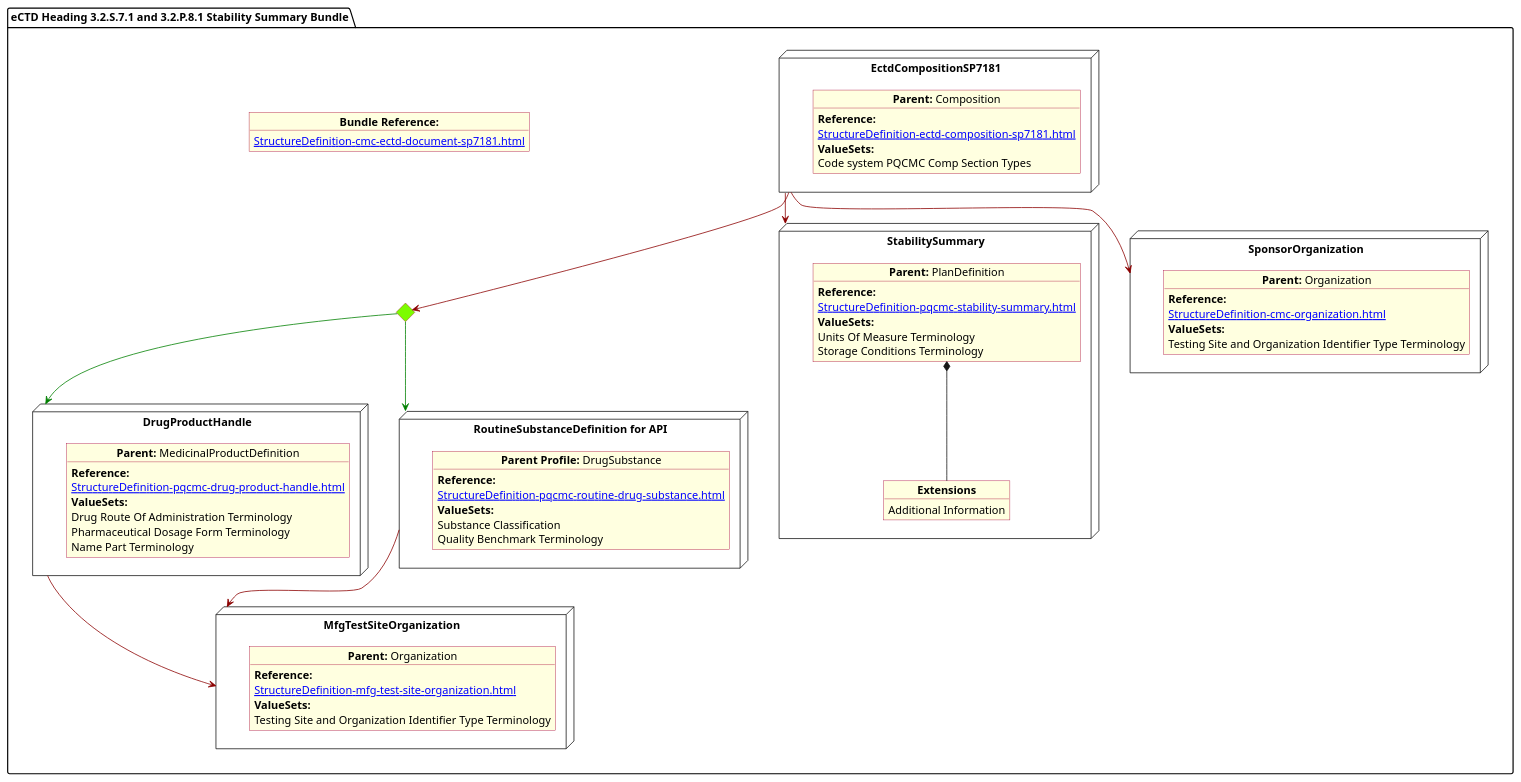
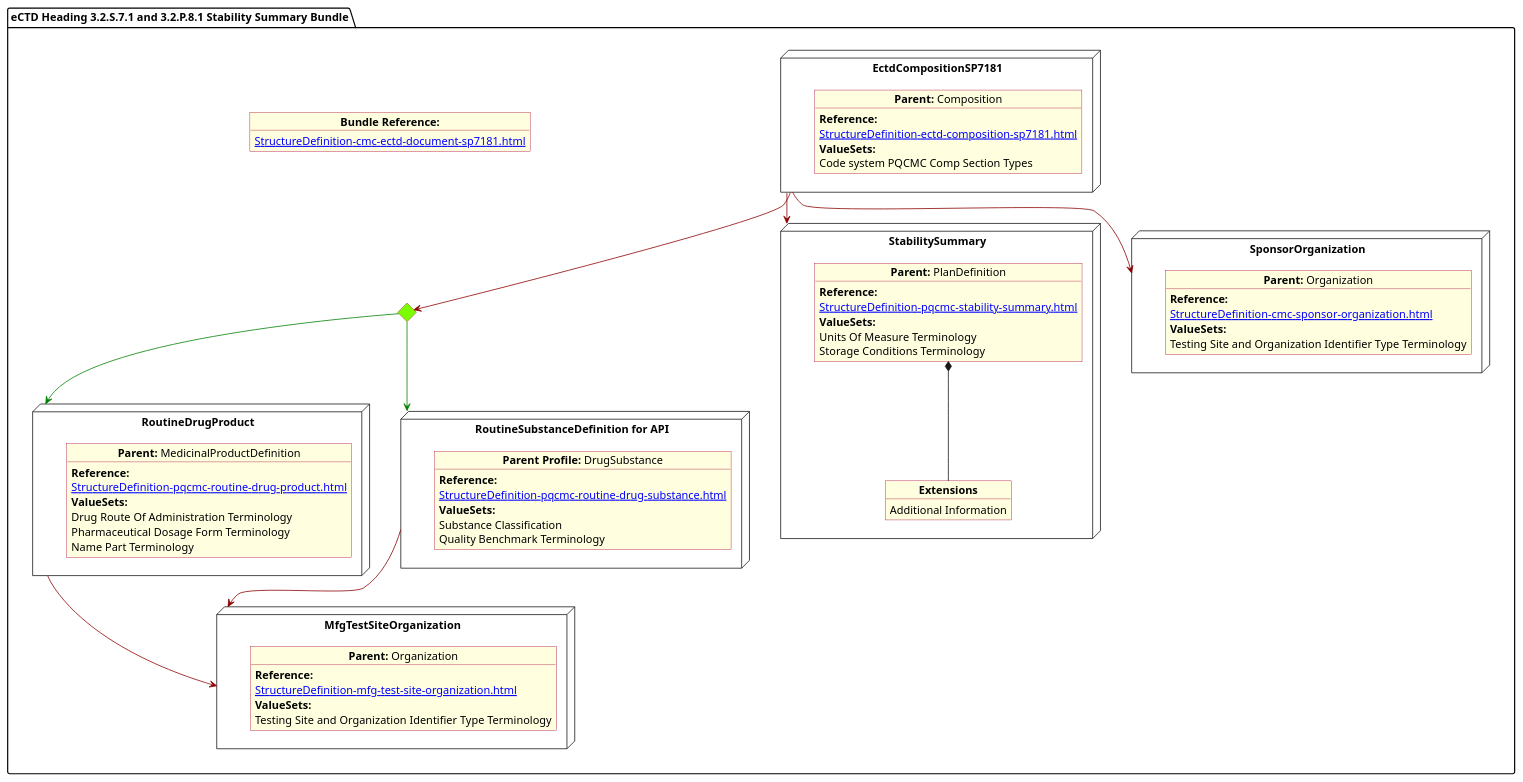
Before and after one commit to HL7/FHIR-us-pq-cmc-fda: the diagram in input/images-source/StabilitySummary.plantuml, drawn with PlantUML. The commit also changed 49 other files, not shown here.

```diff
--- a/input/images-source/StabilitySummary.plantuml
+++ b/input/images-source/StabilitySummary.plantuml
@@ -1,96 +1,96 @@
 @startuml StabilitySummary
 allowmixing
 'Mixed model of use case and object
 skinparam svgDimensionStyle false
 skinparam ObjectBackgroundColor LightYellow
 skinparam ObjectBorderColor #A80036
 skinparam activityDiamondBorderColor #A80036
 skinparam activityDiamondBackgroundColor lawnGreen
 skinparam ClassBorderThickness 4
 
 package "eCTD Heading 3.2.S.7.1 and 3.2.P.8.1 Stability Summary Bundle" as NODES {
       object "**Bundle Reference:**" as objbun {
             [[StructureDefinition-cmc-ectd-document-sp7181.html]]
       }
 
-      node "DrugProductHandle" as NN {
+      node "RoutineDrugProduct" as NN {
 
             object "**Parent:** MedicinalProductDefinition" as obj3 {
                   **Reference:**
-                  [[StructureDefinition-pqcmc-drug-product-handle.html]]
+                  [[StructureDefinition-pqcmc-routine-drug-product.html]]
                   **ValueSets:**
                   Drug Route Of Administration Terminology
                   Pharmaceutical Dosage Form Terminology
                   Name Part Terminology
             }
       }
       diamond CH
 
       node "RoutineSubstanceDefinition for API" as NNS {
 
             object "**Parent Profile:** DrugSubstance" as obj4 {
                   **Reference:**
                   [[StructureDefinition-pqcmc-routine-drug-substance.html]]
                   **ValueSets:**
                   Substance Classification
                   Quality Benchmark Terminology
             }
       }
 
       node "MfgTestSiteOrganization" as NMFG {
 
             object "**Parent:** Organization" as objDP {
                   **Reference:**
                   [[StructureDefinition-mfg-test-site-organization.html]]
                   **ValueSets:**
                   Testing Site and Organization Identifier Type Terminology
             }
       }
 
       node "StabilitySummary" as NMain {
 
             object "**Parent:** PlanDefinition" as objMain {
                   **Reference:**
                   [[StructureDefinition-pqcmc-stability-summary.html]]
                   **ValueSets:**
                   Units Of Measure Terminology
                   Storage Conditions Terminology
             }
 
             object "**Extensions**" as objExs2 {
                   Additional Information
             }
 
             objMain *-- objExs2
       }
 
       node "EctdCompositionSP7181" as N1 {
 
             object "**Parent:** Composition" as obj1 {
                   **Reference:**
                   [[StructureDefinition-ectd-composition-sp7181.html]]
                   **ValueSets:**
                   Code system PQCMC Comp Section Types
             }
       }
       node "SponsorOrganization" as NSO {
 
             object "**Parent:** Organization" as objAu {
                   **Reference:**
-                  [[StructureDefinition-cmc-organization.html]]
+                  [[StructureDefinition-cmc-sponsor-organization.html]]
                   **ValueSets:**
                   Testing Site and Organization Identifier Type Terminology
             }
       }
 
       CH -[#green]-> NN
       CH -[#green]-> NNS
       N1 -[#darkred]-> CH
       N1 -[#darkred]-> NSO
       NN -[#darkred]-> NMFG
       NNS -[#darkred]-> NMFG
       N1 -[#darkred]-> NMain
 
 
 }
 @enduml
```
